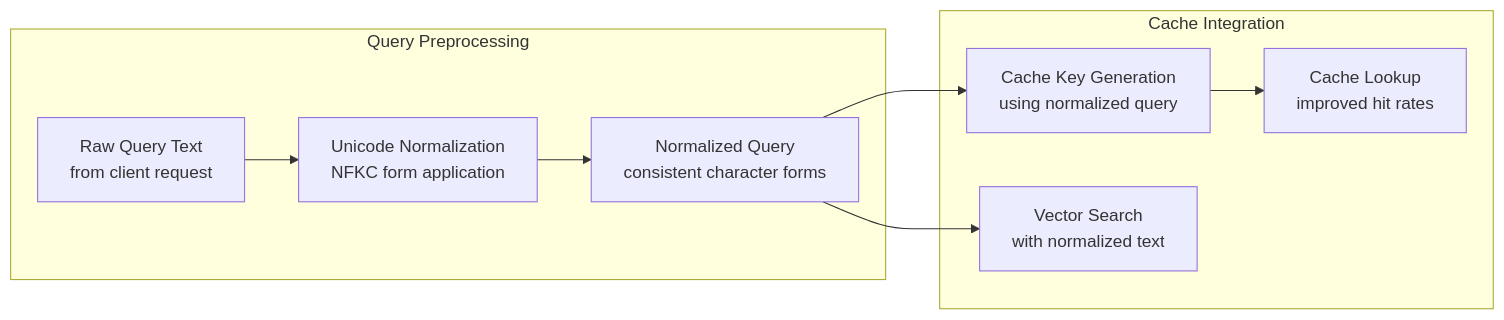
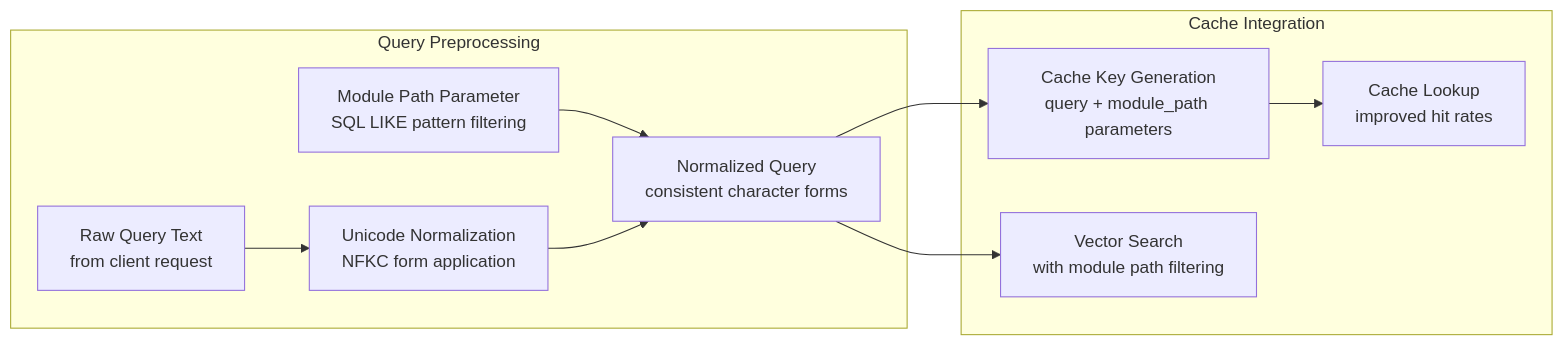
Diagram 15 of 24 in Architecture.md (RimoVR/docsrs-mcp), drawn with Mermaid before and after one commit. The commit also changed other lines of this file and 10 other files, not shown here.

First line of the commit message:
feat: Add module metadata search filtering capability

````diff
--- a/Architecture.md
+++ b/Architecture.md
@@ -815,20 +816,22 @@
 ```mermaid
 graph LR
     subgraph "Query Preprocessing"
         RAW_QUERY[Raw Query Text<br/>from client request]
         UNICODE_NORM[Unicode Normalization<br/>NFKC form application]
+        MODULE_PARAM[Module Path Parameter<br/>SQL LIKE pattern filtering]
         NORMALIZED[Normalized Query<br/>consistent character forms]
     end
     
     subgraph "Cache Integration"
-        CACHE_KEY[Cache Key Generation<br/>using normalized query]
+        CACHE_KEY[Cache Key Generation<br/>query + module_path parameters]
         CACHE_LOOKUP[Cache Lookup<br/>improved hit rates]
-        SEARCH_EXECUTION[Vector Search<br/>with normalized text]
+        SEARCH_EXECUTION[Vector Search<br/>with module path filtering]
     end
     
     RAW_QUERY --> UNICODE_NORM
+    MODULE_PARAM --> NORMALIZED
     UNICODE_NORM --> NORMALIZED
     NORMALIZED --> CACHE_KEY
     CACHE_KEY --> CACHE_LOOKUP
     NORMALIZED --> SEARCH_EXECUTION
 ```
````
